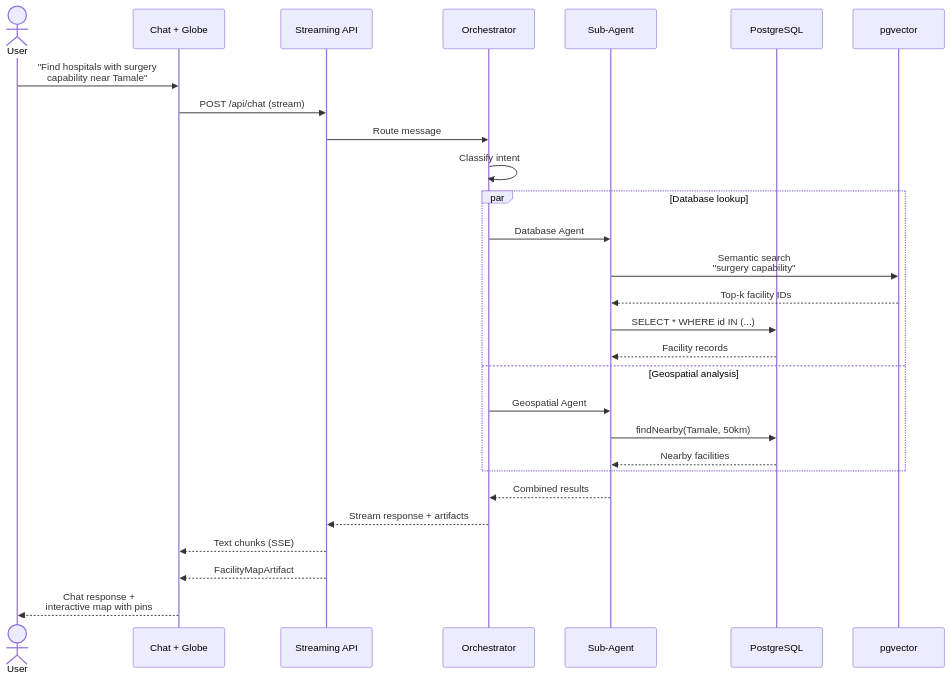
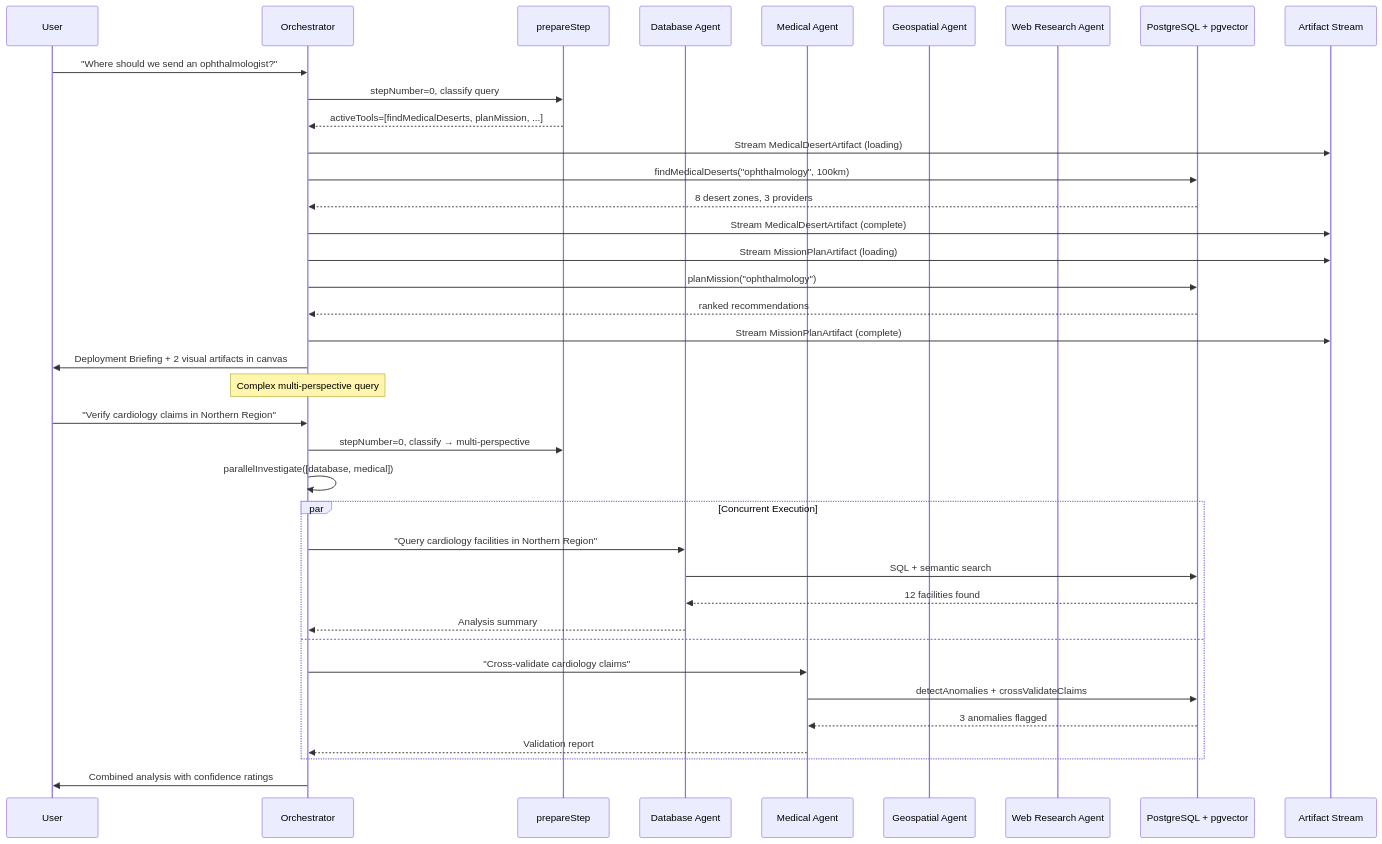
Before and after one commit to Julian-AT/hacknation: the second of 3 diagrams in README.md, drawn with Mermaid. The commit also changed other lines of this file, not shown here.

First line of the commit message:
Add comprehensive README.md with architecture diagrams and code-verified features

````diff
--- a/README.md
+++ b/README.md
@@ -231,35 +111,47 @@
 ```mermaid
 sequenceDiagram
-    actor User
-    participant UI as Chat + Globe
-    participant API as Streaming API
-    participant Orch as Orchestrator
-    participant Agent as Sub-Agent
-    participant DB as PostgreSQL
-    participant Vec as pgvector
+    participant U as User
+    participant O as Orchestrator
+    participant PS as prepareStep
+    participant D as Database Agent
+    participant M as Medical Agent
+    participant G as Geospatial Agent
+    participant W as Web Research Agent
+    participant DB as PostgreSQL + pgvector
+    participant Art as Artifact Stream
 
-    User->>UI: "Find hospitals with surgery<br/>capability near Tamale"
-    UI->>API: POST /api/chat (stream)
-    API->>Orch: Route message
+    U->>O: "Where should we send an ophthalmologist?"
+    O->>PS: stepNumber=0, classify query
+    PS-->>O: activeTools=[findMedicalDeserts, planMission, ...]
+    
+    O->>Art: Stream MedicalDesertArtifact (loading)
+    O->>DB: findMedicalDeserts("ophthalmology", 100km)
+    DB-->>O: 8 desert zones, 3 providers
+    O->>Art: Stream MedicalDesertArtifact (complete)
+    
+    O->>Art: Stream MissionPlanArtifact (loading)
+    O->>DB: planMission("ophthalmology")
+    DB-->>O: ranked recommendations
+    O->>Art: Stream MissionPlanArtifact (complete)
+    
+    O->>U: Deployment Briefing + 2 visual artifacts in canvas
 
-    Orch->>Orch: Classify intent
-
-    par Database lookup
-        Orch->>Agent: Database Agent
-        Agent->>Vec: Semantic search<br/>"surgery capability"
-        Vec-->>Agent: Top-k facility IDs
-        Agent->>DB: SELECT * WHERE id IN (...)
-        DB-->>Agent: Facility records
-    and Geospatial analysis
-        Orch->>Agent: Geospatial Agent
-        Agent->>DB: findNearby(Tamale, 50km)
-        DB-->>Agent: Nearby facilities
+    Note over O: Complex multi-perspective query
+    U->>O: "Verify cardiology claims in Northern Region"
+    O->>PS: stepNumber=0, classify → multi-perspective
+    O->>O: parallelInvestigate([database, medical])
+    
+    par Concurrent Execution
+        O->>D: "Query cardiology facilities in Northern Region"
+        D->>DB: SQL + semantic search
+        DB-->>D: 12 facilities found
+        D-->>O: Analysis summary
+    and
+        O->>M: "Cross-validate cardiology claims"
+        M->>DB: detectAnomalies + crossValidateClaims
+        DB-->>M: 3 anomalies flagged
+        M-->>O: Validation report
     end
-
-    Agent-->>Orch: Combined results
-    Orch-->>API: Stream response + artifacts
-
-    API-->>UI: Text chunks (SSE)
-    API-->>UI: FacilityMapArtifact
-    UI-->>User: Chat response +<br/>interactive map with pins
+    
+    O->>U: Combined analysis with confidence ratings
 ```
````
